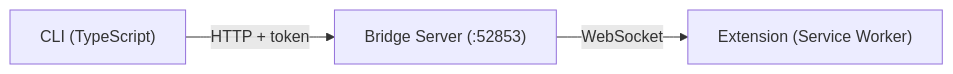
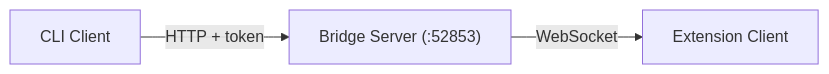
The first of 4 diagrams in README.md (dreamhunter2333/browser-bridge-cli), drawn with Mermaid before and after one commit. The commit also changed other lines of this file and 1 other file, not shown here.

````diff
--- a/README.md
+++ b/README.md
@@ -7,9 +7,9 @@
 ```mermaid
 graph LR
-    CLI["CLI (TypeScript)"]
+    CLI["CLI Client"]
     Bridge["Bridge Server (:52853)"]
-    Ext["Extension (Service Worker)"]
+    Ext["Extension Client"]
 
     CLI -->|"HTTP + token"| Bridge
     Bridge -->|"WebSocket"| Ext
 ```
````
